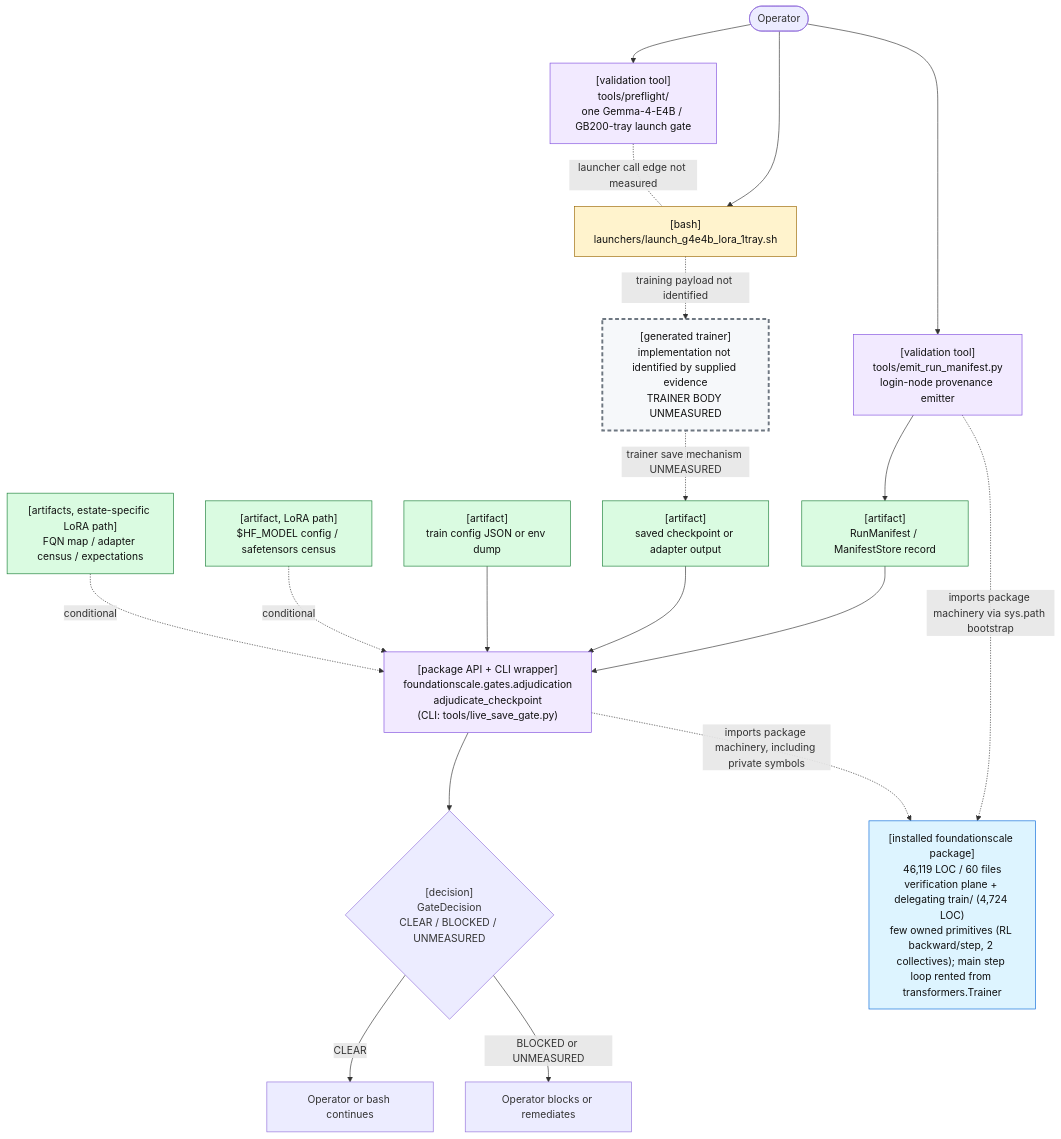
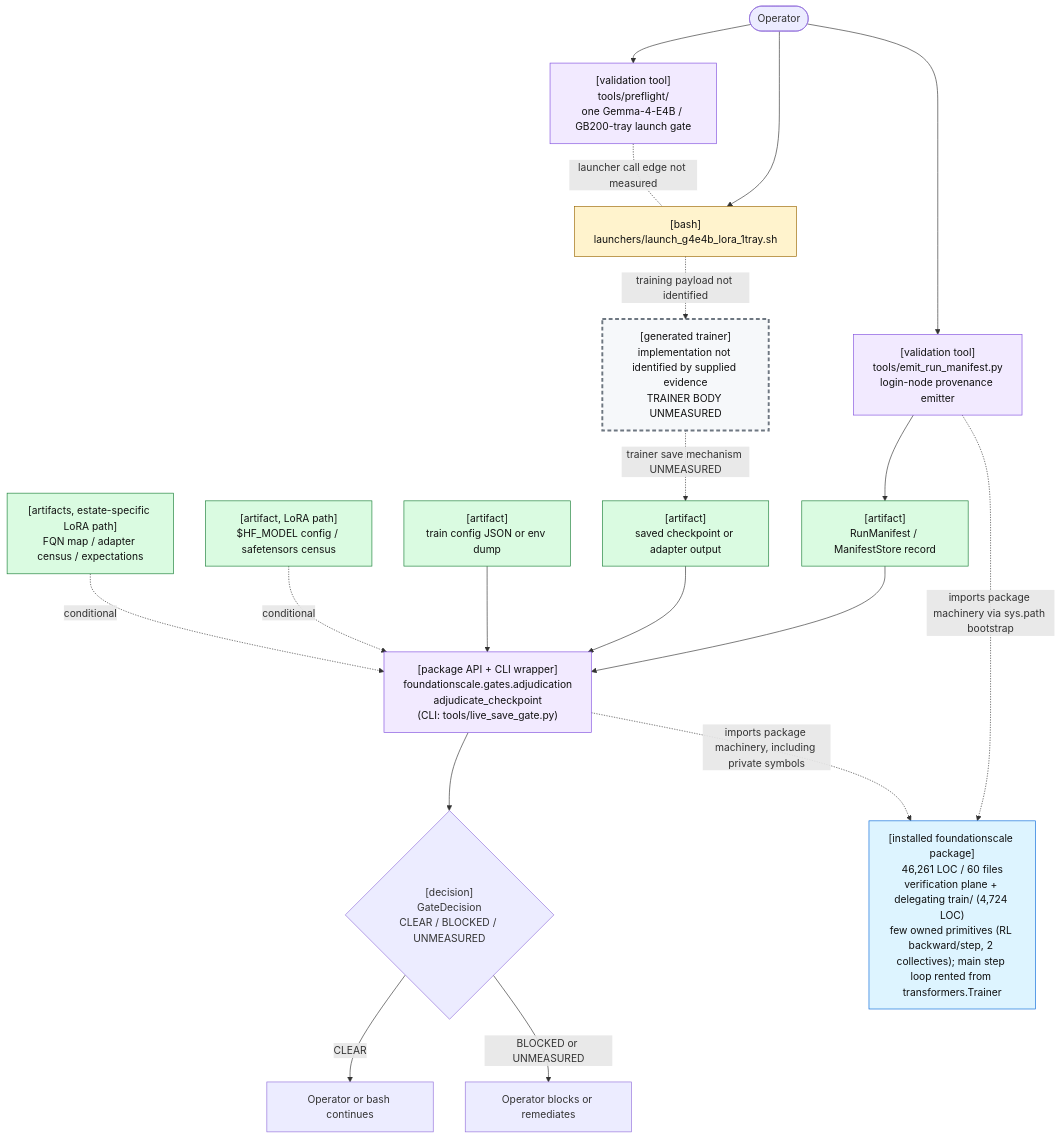
The first of 2 diagrams in docs/review/D2_current_architecture.md (TranNhiem/FoundationScale), drawn with Mermaid before and after one commit. The commit also changed other lines of this file and 20 other files, not shown here.

````diff
--- a/docs/review/D2_current_architecture.md
+++ b/docs/review/D2_current_architecture.md
@@ -25,59 +25,59 @@
 ```mermaid
 flowchart TB
   O(["Operator"])
 
   PF["[validation tool]<br/>tools/preflight/<br/>one Gemma-4-E4B / GB200-tray launch gate"]
   L["[bash]<br/>launchers/launch_g4e4b_lora_1tray.sh"]
 
   E["[validation tool]<br/>tools/emit_run_manifest.py<br/>login-node provenance emitter"]
   M["[artifact]<br/>RunManifest / ManifestStore record"]
 
   T["[generated trainer]<br/>implementation not identified by supplied evidence<br/>TRAINER BODY UNMEASURED"]
   C["[artifact]<br/>saved checkpoint or adapter output"]
 
   G["[package API + CLI wrapper]<br/>foundationscale.gates.adjudication<br/>adjudicate_checkpoint<br/>(CLI: tools/live_save_gate.py)"]
   CFG["[artifact]<br/>train config JSON or env dump"]
   BASE["[artifact, LoRA path]<br/>$HF_MODEL config / safetensors census"]
   CEN["[artifacts, estate-specific LoRA path]<br/>FQN map / adapter census / expectations"]
 
   D{"[decision]<br/>GateDecision<br/>CLEAR / BLOCKED / UNMEASURED"}
   OK["Operator or bash continues"]
   NO["Operator blocks or remediates"]
 
-  PKG["[installed foundationscale package]<br/>46,119 LOC / 60 files<br/>verification plane + delegating train/ (4,724 LOC)<br/>few owned primitives (RL backward/step, 2 collectives); main step loop rented from transformers.Trainer"]
+  PKG["[installed foundationscale package]<br/>46,261 LOC / 60 files<br/>verification plane + delegating train/ (4,724 LOC)<br/>few owned primitives (RL backward/step, 2 collectives); main step loop rented from transformers.Trainer"]
 
   O --> PF
   O --> L
   PF -. "launcher call edge not measured" .- L
 
   O --> E
   E --> M
 
   L -. "training payload not identified" .-> T
   T -. "trainer save mechanism UNMEASURED" .-> C
 
   M --> G
   C --> G
   CFG --> G
   BASE -. "conditional" .-> G
   CEN -. "conditional" .-> G
 
   E -. "imports package machinery via sys.path bootstrap" .-> PKG
   G -. "imports package machinery, including private symbols" .-> PKG
 
   G --> D
   D -->|"CLEAR"| OK
   D -->|"BLOCKED or UNMEASURED"| NO
 
   classDef bash fill:#fff3cd,stroke:#9a6700,color:#111;
   classDef tool fill:#f2eaff,stroke:#8250df,color:#111;
   classDef artifact fill:#dafbe1,stroke:#1a7f37,color:#111;
   classDef gap fill:#f6f8fa,stroke:#6e7781,stroke-width:3px,stroke-dasharray: 6 4,color:#111;
   classDef pkg fill:#ddf4ff,stroke:#0969da,color:#111;
 
   class L bash;
   class PF,E,G tool;
   class M,C,CFG,BASE,CEN artifact;
   class T gap;
   class PKG pkg;
 ```
````
